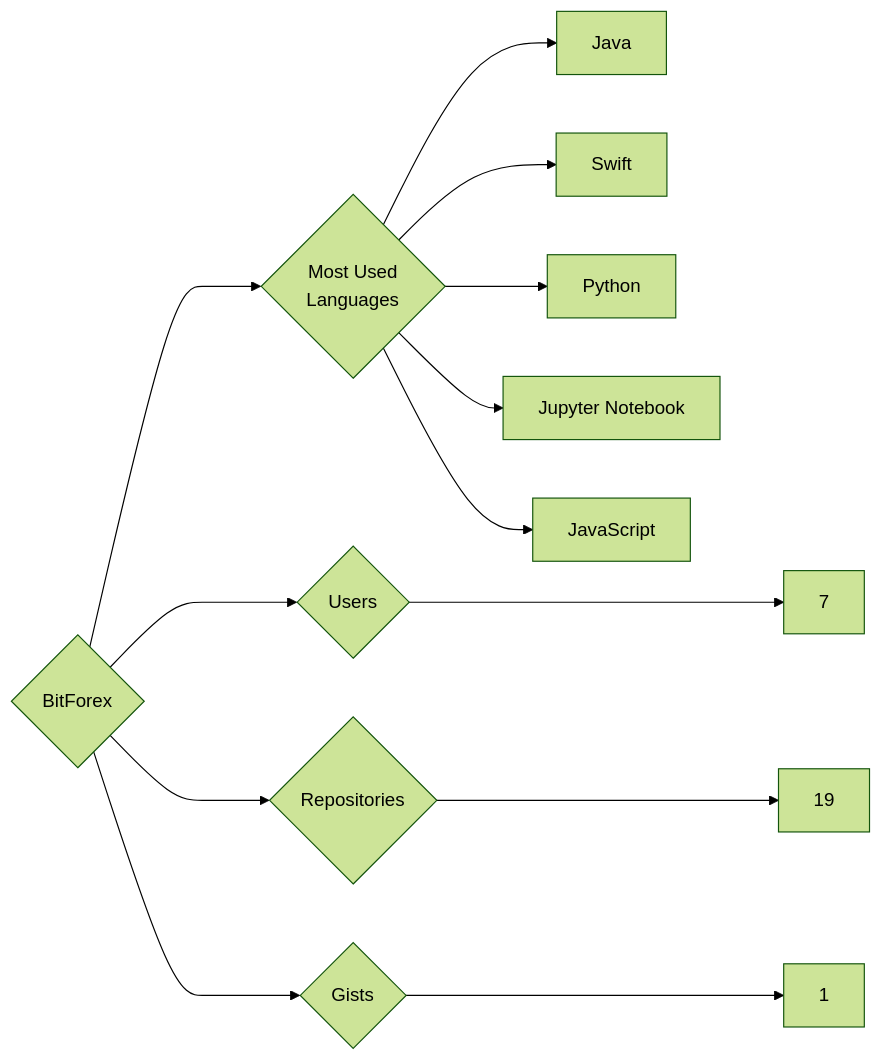
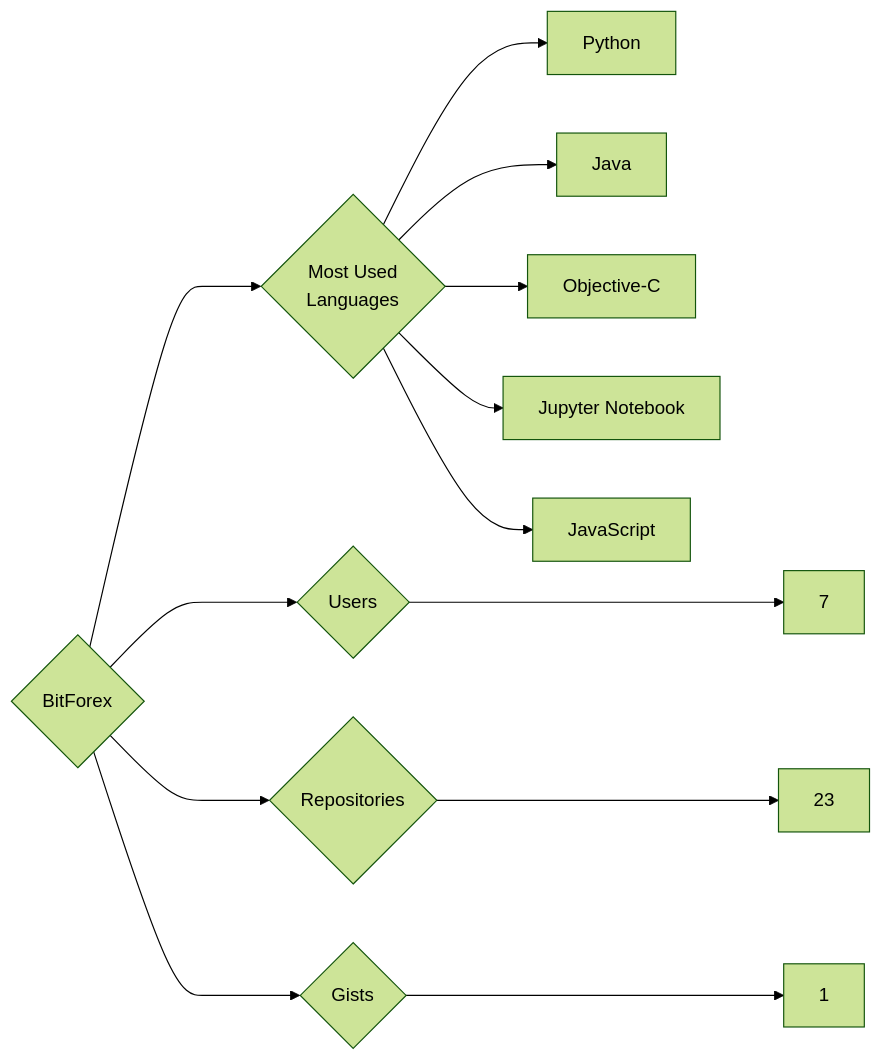
One commit to trickest/insiders changed the diagram in targets/BitForex/README.md. Above: the diagram before and after it, drawn with Mermaid (forest theme). The commit also changed 1092 other files, not shown here.

````diff
--- a/targets/BitForex/README.md
+++ b/targets/BitForex/README.md
@@ -3,13 +3,13 @@
 ```mermaid
 graph LR
 COMPANY_NAME{BitForex}
 COMPANY_NAME ---> U{Users} ---> UN[7]
-COMPANY_NAME ---> R{Repositories} ---> RN[19]
+COMPANY_NAME ---> R{Repositories} ---> RN[23]
 COMPANY_NAME ---> G{Gists} ---> GN[1]
 COMPANY_NAME ---> ML{Most Used<br>Languages}
+ML --> Python[Python]
 ML --> Java[Java]
-ML --> Swift[Swift]
-ML --> Python[Python]
+ML --> Objective-C[Objective-C]
 ML --> Jupyter_Notebook[Jupyter Notebook]
 ML --> JavaScript[JavaScript]
 ```
````
